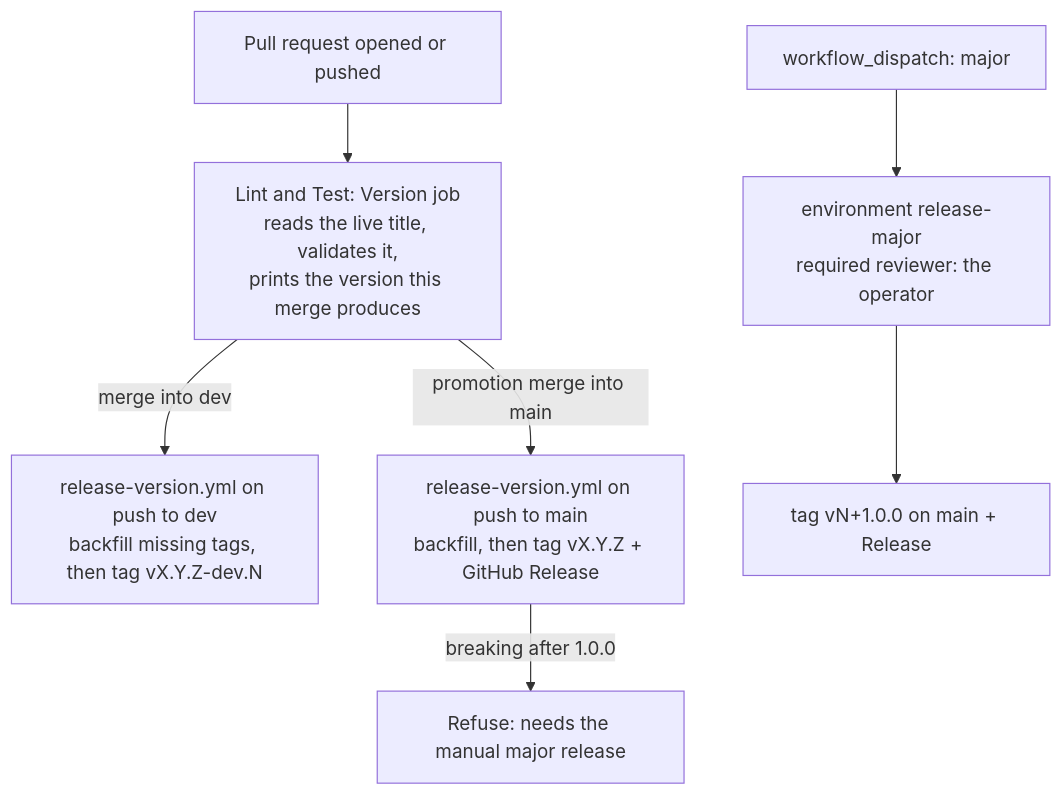
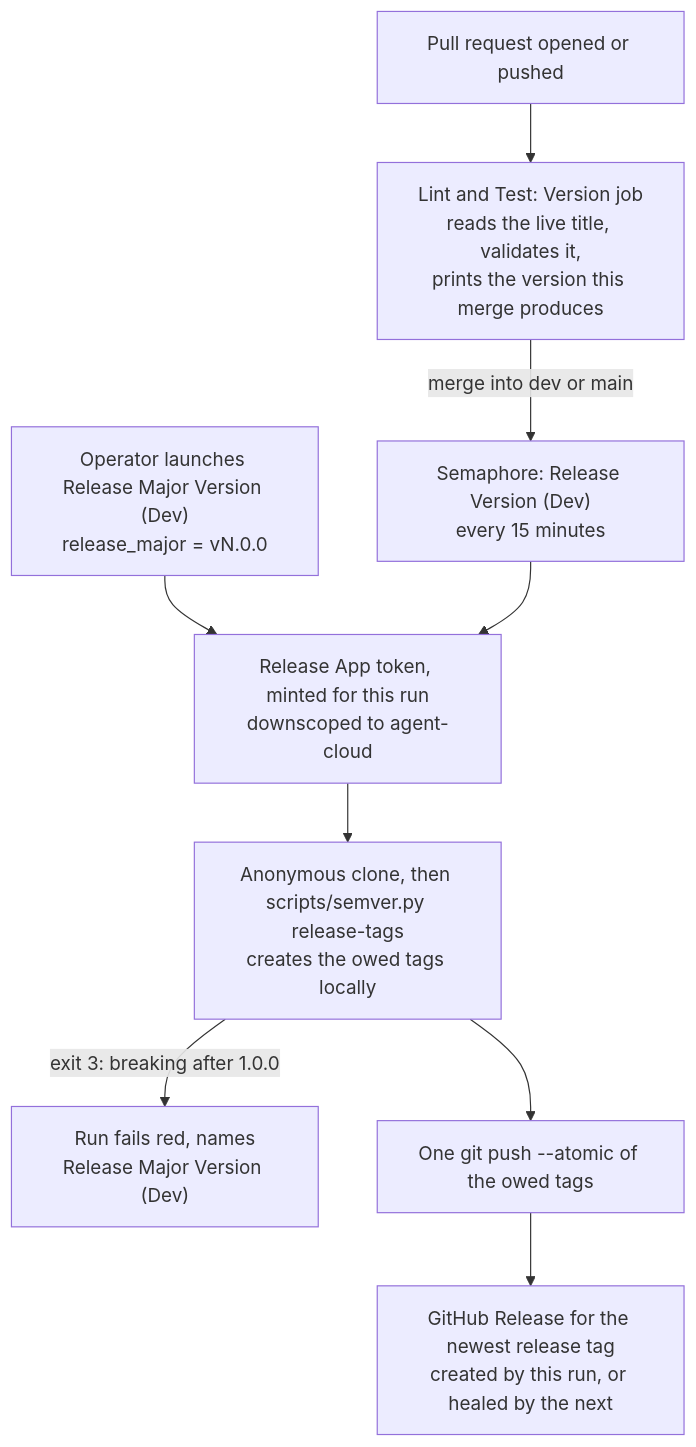
Before and after one commit to uhstray-io/agent-cloud: the diagram in plan/development/20-semantic-versioning.md, drawn with Mermaid. The commit also changed other lines of this file and 4 other files, not shown here.

First line of the commit message:
docs(release): describe the Semaphore release run and record why it moved

````diff
--- a/plan/development/20-semantic-versioning.md
+++ b/plan/development/20-semantic-versioning.md
@@ -83,9 +85,11 @@
 ```mermaid
 flowchart TD
     PR["Pull request opened or pushed"] --> VJ["Lint and Test: Version job<br/>reads the live title, validates it,<br/>prints the version this merge produces"]
-    VJ -->|merge into dev| DEV["release-version.yml on push to dev<br/>backfill missing tags, then tag vX.Y.Z-dev.N"]
-    VJ -->|promotion merge into main| MAIN["release-version.yml on push to main<br/>backfill, then tag vX.Y.Z + GitHub Release"]
-    MAIN -->|breaking after 1.0.0| STOP["Refuse: needs the manual major release"]
-    DISPATCH["workflow_dispatch: major"] --> ENV["environment release-major<br/>required reviewer: the operator"]
-    ENV --> MAJOR["tag vN+1.0.0 on main + Release"]
+    VJ -->|merge into dev or main| SCHED["Semaphore: Release Version (Dev)<br/>every 15 minutes"]
+    LAUNCH["Operator launches Release Major Version (Dev)<br/>release_major = vN.0.0"] --> TOKEN
+    SCHED --> TOKEN["Release App token, minted for this run<br/>downscoped to agent-cloud"]
+    TOKEN --> PLAN["Anonymous clone, then scripts/semver.py release-tags<br/>creates the owed tags locally"]
+    PLAN -->|exit 3: breaking after 1.0.0| STOP["Run fails red, names<br/>Release Major Version (Dev)"]
+    PLAN --> PUSH["One git push --atomic of the owed tags"]
+    PUSH --> REL["GitHub Release for the newest release tag<br/>created by this run, or healed by the next"]
 ```
````
